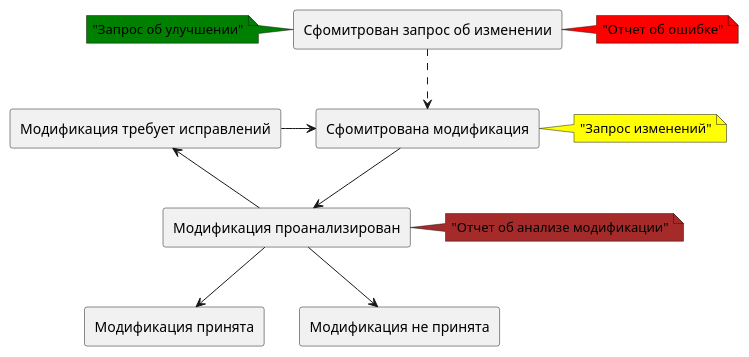
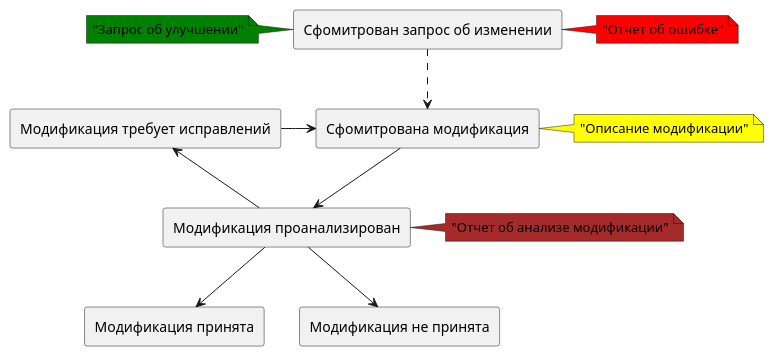
The diagram in images/maintenance_process.puml (shchuko/itmo-project-docs), drawn with PlantUML before and after one commit. The commit also changed 3 other files, not shown here.

```diff
--- a/images/maintenance_process.puml
+++ b/images/maintenance_process.puml
@@ -1,23 +1,23 @@
 @startuml
 
 rectangle "Сфомитрован запрос об изменении" as Report
 rectangle "Сфомитрована модификация" as ModificationRequest
 rectangle "Модификация проанализирован" as ModificationAnalysis
 rectangle "Модификация принята" as ModificationAccepted
 rectangle "Модификация не принята" as ModificationReject
 rectangle "Модификация требует исправлений" as ModificationToBeImproved
 
 
 Report .DOWN.> ModificationRequest
 ModificationRequest -DOWN-> ModificationAnalysis
 ModificationAnalysis -DOWN-> ModificationAccepted
 ModificationAnalysis -DOWN-> ModificationReject
 ModificationAnalysis -LEFT-> ModificationToBeImproved
 ModificationToBeImproved -> ModificationRequest
 
 note left of Report #green: "Запрос об улучшении"
 note right of Report #red: "Отчет об ошибке"
-note right of ModificationRequest #yellow: "Запрос изменений"
+note right of ModificationRequest #yellow: "Описание модификации"
 
 note right of ModificationAnalysis #brown: "Отчет об анализе модификации"
 @enduml
```
